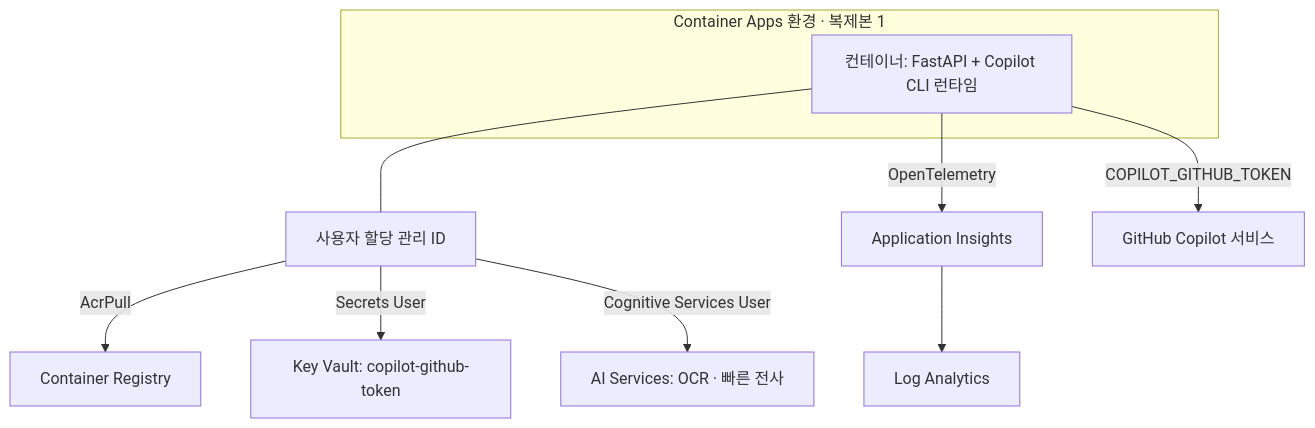
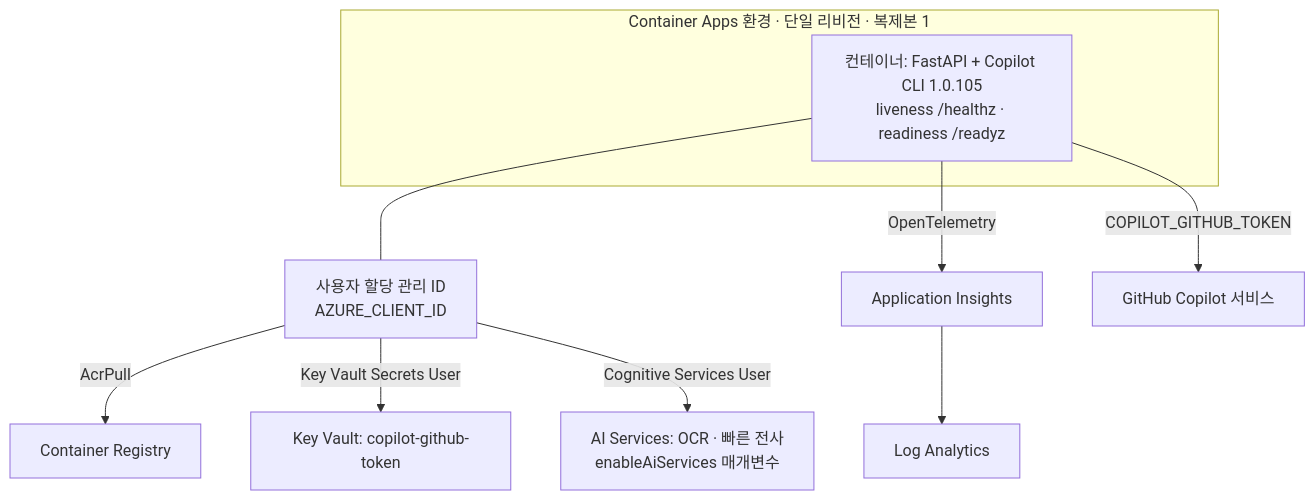
The fifth of 5 diagrams in _bmad-output/planning-artifacts/architecture/architecture-동행노트-2026-11-05/ARCHITECTURE-SPINE.md (yoobinkim541/hackathon-cheongdo), drawn with Mermaid before and after one commit. The commit also changed other lines of this file and 4 other files, not shown here.

First line of the commit message:
Finalize backend architecture spine with reviewer fixes

````diff
--- a/_bmad-output/planning-artifacts/architecture/architecture-동행노트-2026-11-05/ARCHITECTURE-SPINE.md
+++ b/_bmad-output/planning-artifacts/architecture/architecture-동행노트-2026-11-05/ARCHITECTURE-SPINE.md
@@ -245,13 +435,13 @@
 ```mermaid
 flowchart TB
-  subgraph ACA[Container Apps 환경 · 복제본 1]
-    APP[컨테이너: FastAPI + Copilot CLI 런타임]
+  subgraph ACA[Container Apps 환경 · 단일 리비전 · 복제본 1]
+    APP[컨테이너: FastAPI + Copilot CLI 1.0.105<br/>liveness /healthz · readiness /readyz]
   end
-  ID[사용자 할당 관리 ID]
+  ID[사용자 할당 관리 ID<br/>AZURE_CLIENT_ID]
   APP --- ID
   ID -- AcrPull --> ACR[Container Registry]
-  ID -- Secrets User --> KV[Key Vault: copilot-github-token]
-  ID -- Cognitive Services User --> AIS[AI Services: OCR · 빠른 전사]
+  ID -- Key Vault Secrets User --> KV[Key Vault: copilot-github-token]
+  ID -- Cognitive Services User --> AIS[AI Services: OCR · 빠른 전사<br/>enableAiServices 매개변수]
   APP -- OpenTelemetry --> AI[Application Insights] --> LA[Log Analytics]
   APP -- COPILOT_GITHUB_TOKEN --> GH[GitHub Copilot 서비스]
 ```
````
